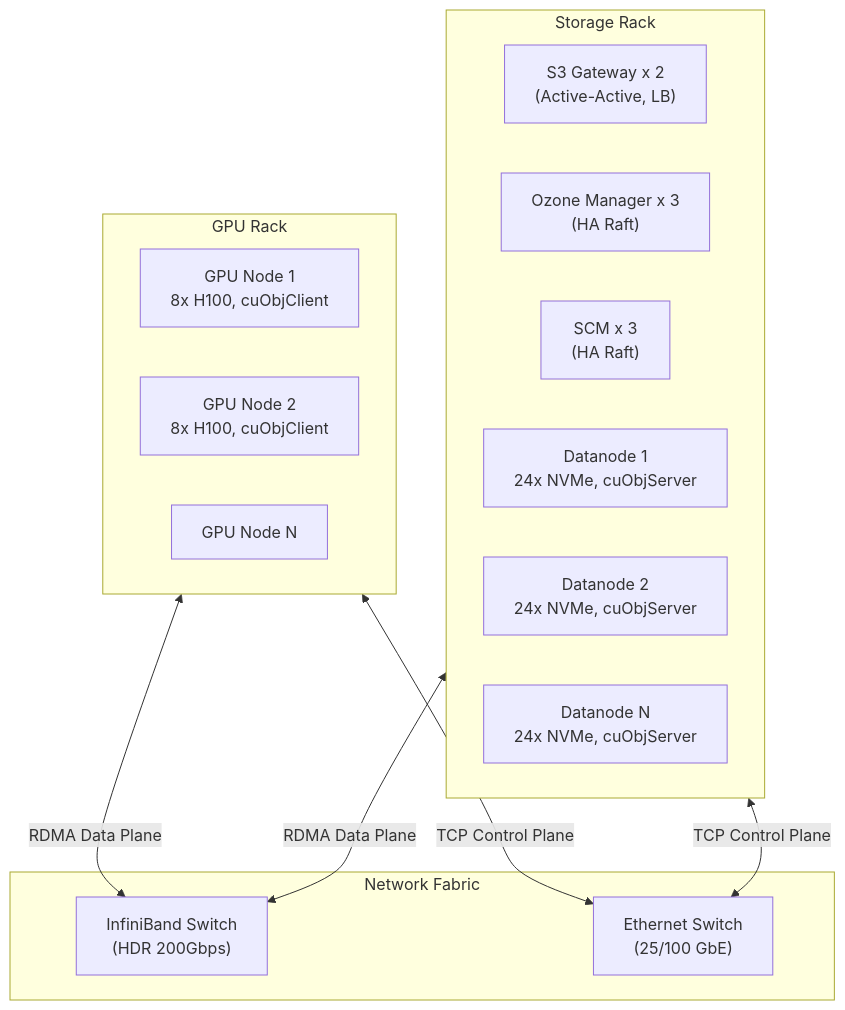
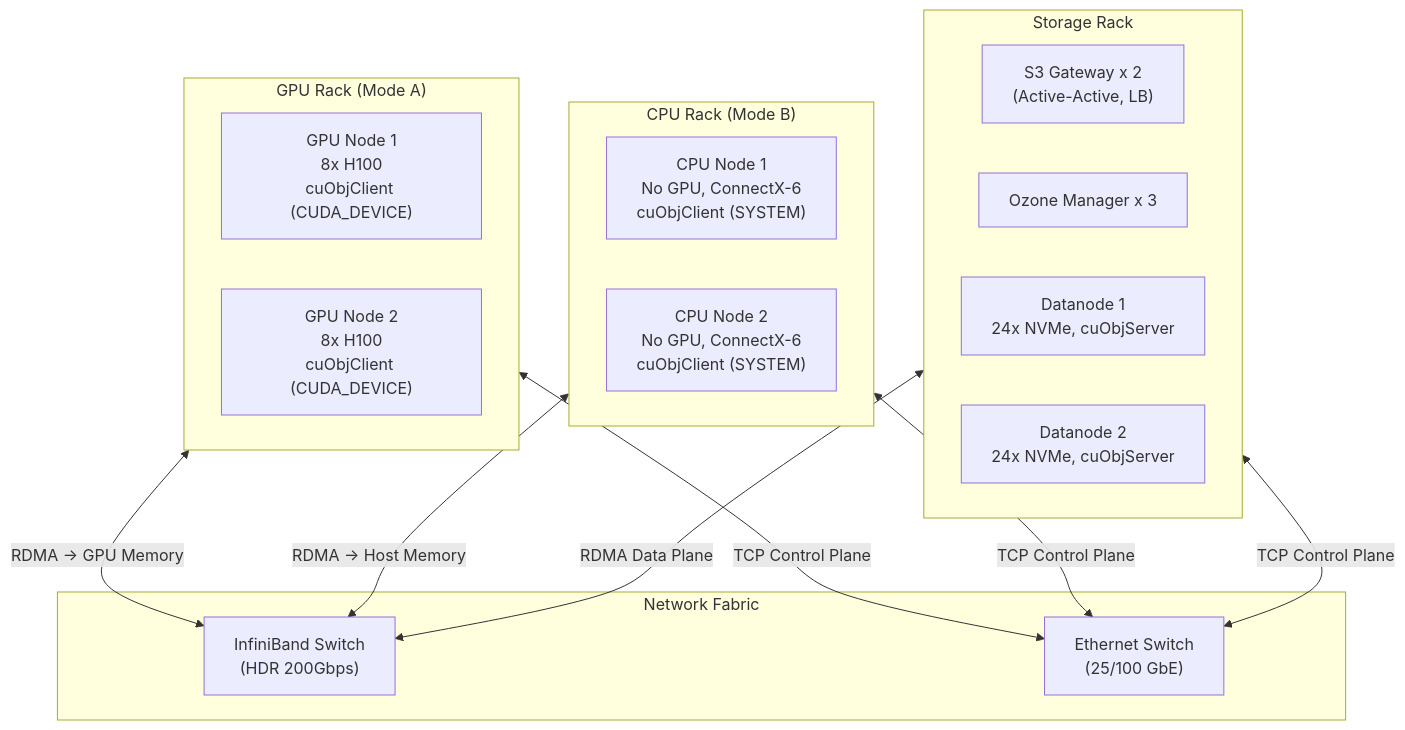
One commit to ptlrs/ozone changed the fourth of 10 diagrams in docs/gds-dn-direct-rdma-implementation-spec.md. Above: the diagram before and after it, drawn with Mermaid. The commit also changed other lines of this file and 1 other file, not shown here.

Commit message:
GPUDIRECT. Update GPUDirect Storage spec to v7.0 with dual-mode GPU/host-memory RDMA support, extended cloud deployment recommendations, and updated architectural flow diagrams

````diff
--- a/docs/gds-dn-direct-rdma-implementation-spec.md
+++ b/docs/gds-dn-direct-rdma-implementation-spec.md
@@ -263,27 +385,31 @@
 ```mermaid
 flowchart TB
-  subgraph GPU_Rack["GPU Rack"]
-    GPU_Node1["GPU Node 1<br/>8x H100, cuObjClient"]
-    GPU_Node2["GPU Node 2<br/>8x H100, cuObjClient"]
-    GPU_NodeN["GPU Node N"]
+  subgraph GPU_Rack["GPU Rack (Mode A)"]
+    GPU_Node1["GPU Node 1<br/>8x H100<br/>cuObjClient (CUDA_DEVICE)"]
+    GPU_Node2["GPU Node 2<br/>8x H100<br/>cuObjClient (CUDA_DEVICE)"]
+  end
+
+  subgraph CPU_Rack["CPU Rack (Mode B)"]
+    CPU_Node1["CPU Node 1<br/>No GPU, ConnectX-6<br/>cuObjClient (SYSTEM)"]
+    CPU_Node2["CPU Node 2<br/>No GPU, ConnectX-6<br/>cuObjClient (SYSTEM)"]
   end
 
   subgraph Storage_Rack["Storage Rack"]
     GW_Node["S3 Gateway x 2<br/>(Active-Active, LB)"]
-    OM_Node["Ozone Manager x 3<br/>(HA Raft)"]
-    SCM_Node["SCM x 3<br/>(HA Raft)"]
+    OM_Node["Ozone Manager x 3"]
     DN_Node1["Datanode 1<br/>24x NVMe, cuObjServer"]
     DN_Node2["Datanode 2<br/>24x NVMe, cuObjServer"]
-    DN_NodeN["Datanode N<br/>24x NVMe, cuObjServer"]
   end
 
   subgraph Network["Network Fabric"]
     IB_Switch["InfiniBand Switch<br/>(HDR 200Gbps)"]
     ETH_Switch["Ethernet Switch<br/>(25/100 GbE)"]
   end
 
-  GPU_Rack <-->|" RDMA Data Plane " | IB_Switch
+  GPU_Rack <-->|" RDMA → GPU Memory "| IB_Switch
+  CPU_Rack <-->|" RDMA → Host Memory "| IB_Switch
   Storage_Rack <-->|" RDMA Data Plane "| IB_Switch
   GPU_Rack <-->|" TCP Control Plane "| ETH_Switch
+  CPU_Rack <-->|" TCP Control Plane "| ETH_Switch
   Storage_Rack <-->|" TCP Control Plane "| ETH_Switch
 ```
````
